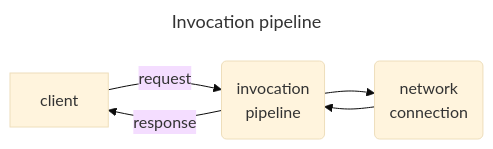
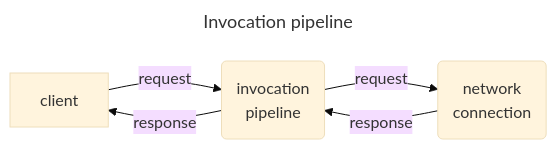
The first of 2 diagrams in README.md (icerpc/icerpc-csharp), drawn with Mermaid (base theme) before and after one commit. The commit also changed other lines of this file, not shown here.

````diff
--- a/README.md
+++ b/README.md
@@ -73,7 +73,7 @@
 ```mermaid
 ---
 title: Invocation pipeline
 ---
 flowchart LR
-    client -- request --> ip(invocation\npipeline) --> connection(network\nconnection) --> ip -- response --> client
+    client -- request --> ip(invocation\npipeline) -- request --> connection(network\nconnection) -- response --> ip -- response --> client
 ```
````
